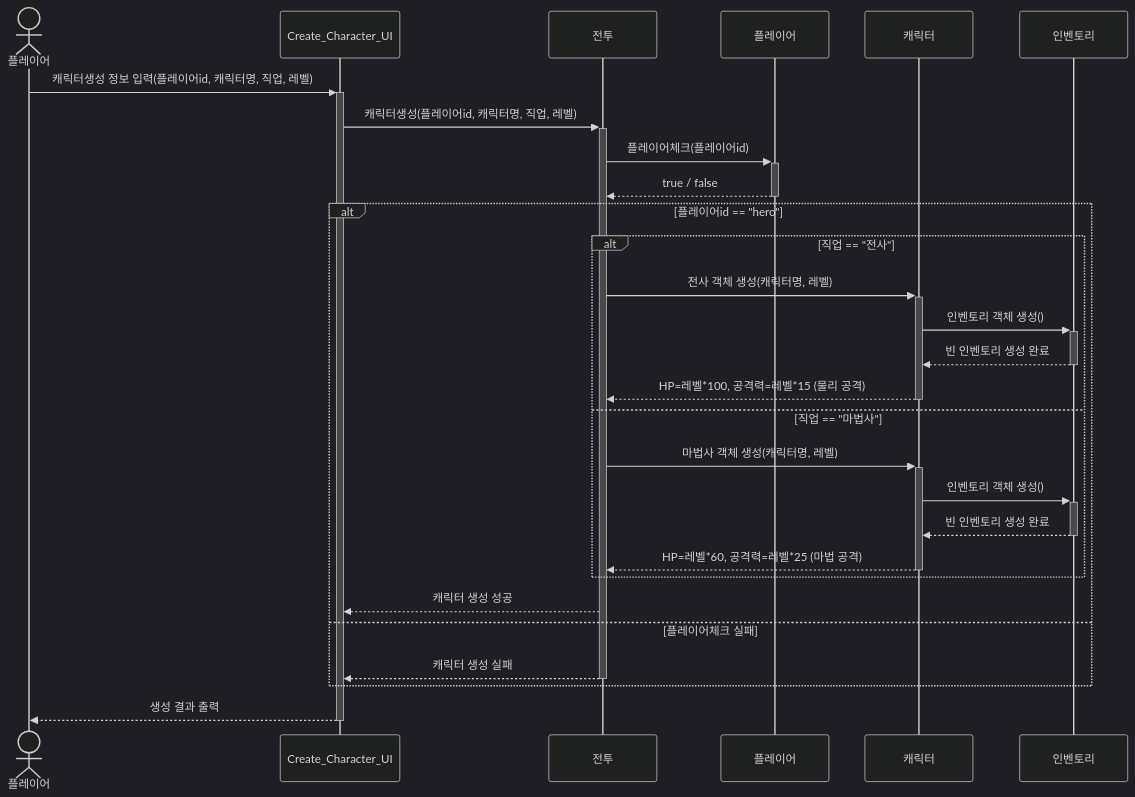
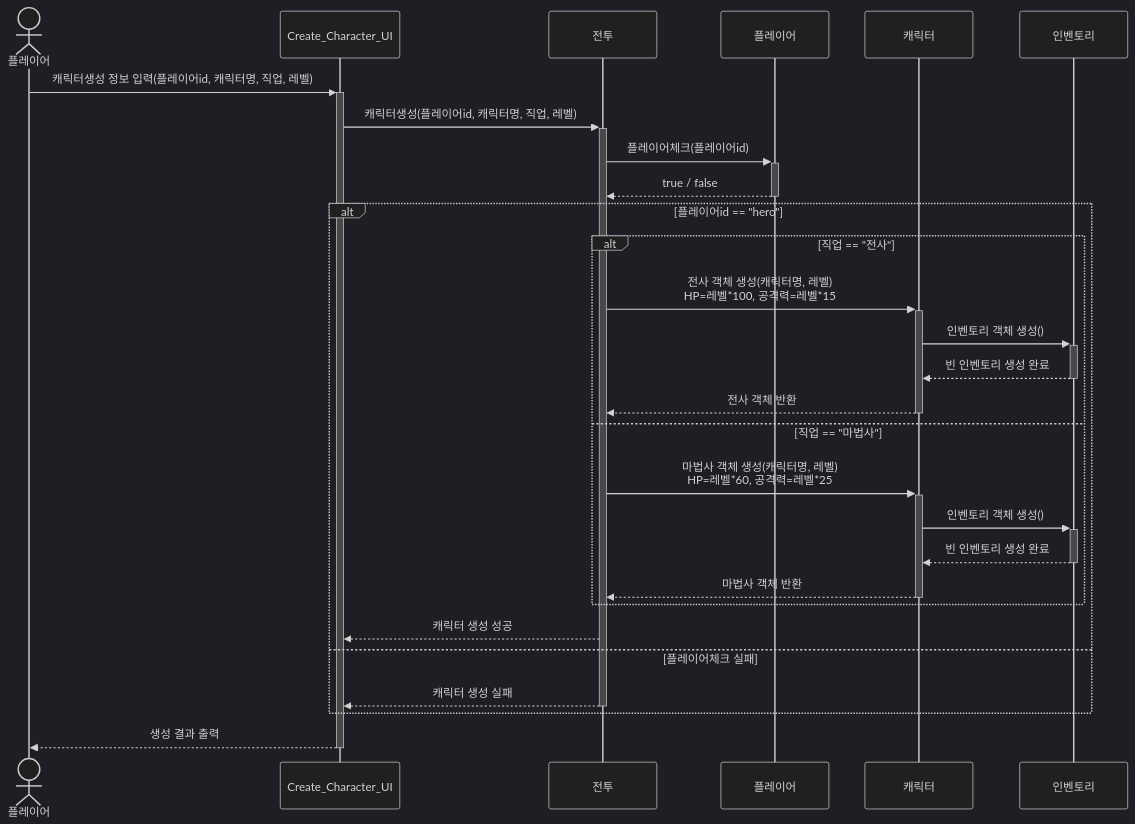
The diagram in 생성순차도.md (Sewqp/DnF_Battle2_B_06-), drawn with Mermaid (dark theme) before and after one commit.

````diff
--- a/생성순차도.md
+++ b/생성순차도.md
@@ -1,52 +1,36 @@
 ```mermaid
 sequenceDiagram
     actor 플레이어
     participant Create_Character_UI
     participant 전투
     participant 플레이어객체 as 플레이어
     participant 캐릭터
     participant 인벤토리
 
     플레이어 ->>+ Create_Character_UI: 캐릭터생성 정보 입력(플레이어id, 캐릭터명, 직업, 레벨)
-
     Create_Character_UI ->>+ 전투: 캐릭터생성(플레이어id, 캐릭터명, 직업, 레벨)
 
     전투 ->>+ 플레이어객체: 플레이어체크(플레이어id)
-
     플레이어객체 -->>- 전투: true / false
 
     alt 플레이어id == "hero"
-
         alt 직업 == "전사"
-
-            전투 ->>+ 캐릭터: 전사 객체 생성(캐릭터명, 레벨)
-
+            전투 ->>+ 캐릭터: 전사 객체 생성(캐릭터명, 레벨)<br/>HP=레벨*100, 공격력=레벨*15
             캐릭터 ->>+ 인벤토리: 인벤토리 객체 생성()
-
             인벤토리 -->>- 캐릭터: 빈 인벤토리 생성 완료
-
-            캐릭터 -->>- 전투: HP=레벨*100, 공격력=레벨*15 (물리 공격)
+            캐릭터 -->>- 전투:  전사 객체 반환
 
         else 직업 == "마법사"
-
-            전투 ->>+ 캐릭터: 마법사 객체 생성(캐릭터명, 레벨)
-
+            전투 ->>+ 캐릭터: 마법사 객체 생성(캐릭터명, 레벨)<br/>HP=레벨*60, 공격력=레벨*25
             캐릭터 ->>+ 인벤토리: 인벤토리 객체 생성()
-
             인벤토리 -->>- 캐릭터: 빈 인벤토리 생성 완료
-
-            캐릭터 -->>- 전투: HP=레벨*60, 공격력=레벨*25 (마법 공격)
-
+            캐릭터 -->>- 전투: 마법사 객체 반환
         end
 
-
         전투 -->> Create_Character_UI: 캐릭터 생성 성공
-
     else 플레이어체크 실패
-
         전투 -->>- Create_Character_UI: 캐릭터 생성 실패
-
     end
 
     Create_Character_UI -->>- 플레이어: 생성 결과 출력
 ```
````
